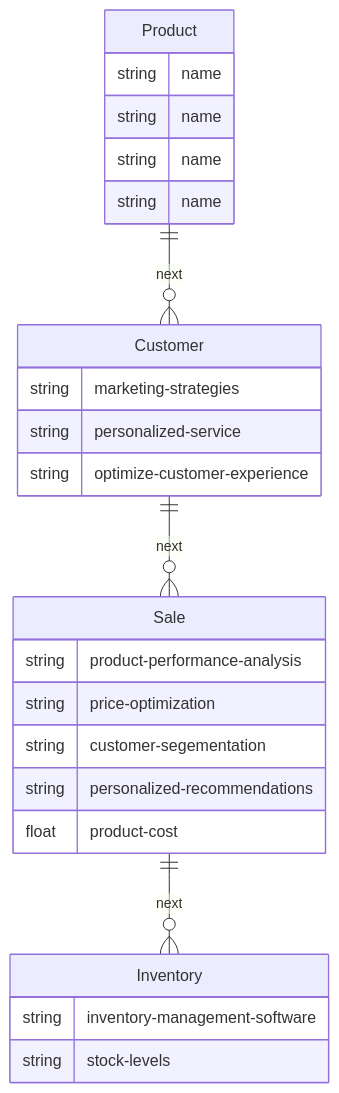
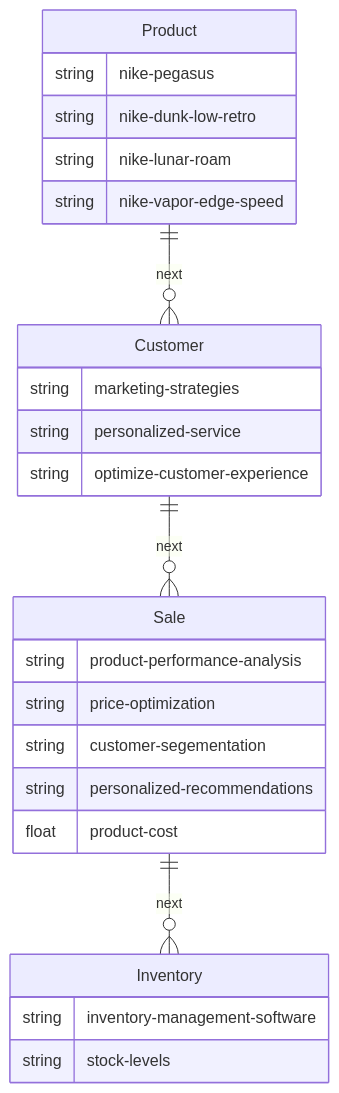
Before and after one commit to JordanDuncan5/Nike-Store-ERD: the diagram in NikeStore_ERD.md, drawn with Mermaid.

Commit message:
Update NikeStore_ERD.md
added shoe names

````diff
--- a/NikeStore_ERD.md
+++ b/NikeStore_ERD.md
@@ -1,33 +1,33 @@
 ```mermaid
 ---
 Nike Entity Relationship Diagram
 ---
 erDiagram
     Product ||--o{ Customer :next
     Product{
-        string name
-        string name
-        string name
-        string name
+        string nike-pegasus
+        string nike-dunk-low-retro
+        string nike-lunar-roam
+        string nike-vapor-edge-speed
     }
     Customer ||--o{ Sale :next
     Customer{
         string marketing-strategies
         string personalized-service
         string optimize-customer-experience
     }
     Sale ||--o{ Inventory :next
     Sale{
         string product-performance-analysis
         string price-optimization
         string customer-segementation
         string personalized-recommendations
         float product-cost
     }
     
     Inventory{
         string inventory-management-software
         string stock-levels
     }
 
 ```
````
